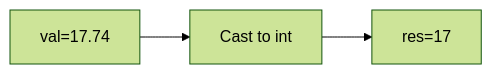
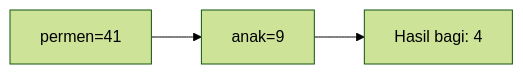
The ninth of 25 diagrams in part-c-pemahaman-cpp/01-tipe-data/latihan/set-05.md (amnahwaida/OSNK_INF_PREP), drawn with Mermaid (forest theme) before and after one commit. The commit also changed other lines of this file and 71 other files, not shown here.

````diff
--- a/part-c-pemahaman-cpp/01-tipe-data/latihan/set-05.md
+++ b/part-c-pemahaman-cpp/01-tipe-data/latihan/set-05.md
@@ -211,5 +253,5 @@
 ```mermaid
 graph LR
-A["val=17.74"] --> B["Cast to int"]
-B --> C["res=17"]
+A["permen=41"] --> B["anak=9"]
+B --> C["Hasil bagi: 4"]
 ```
````
